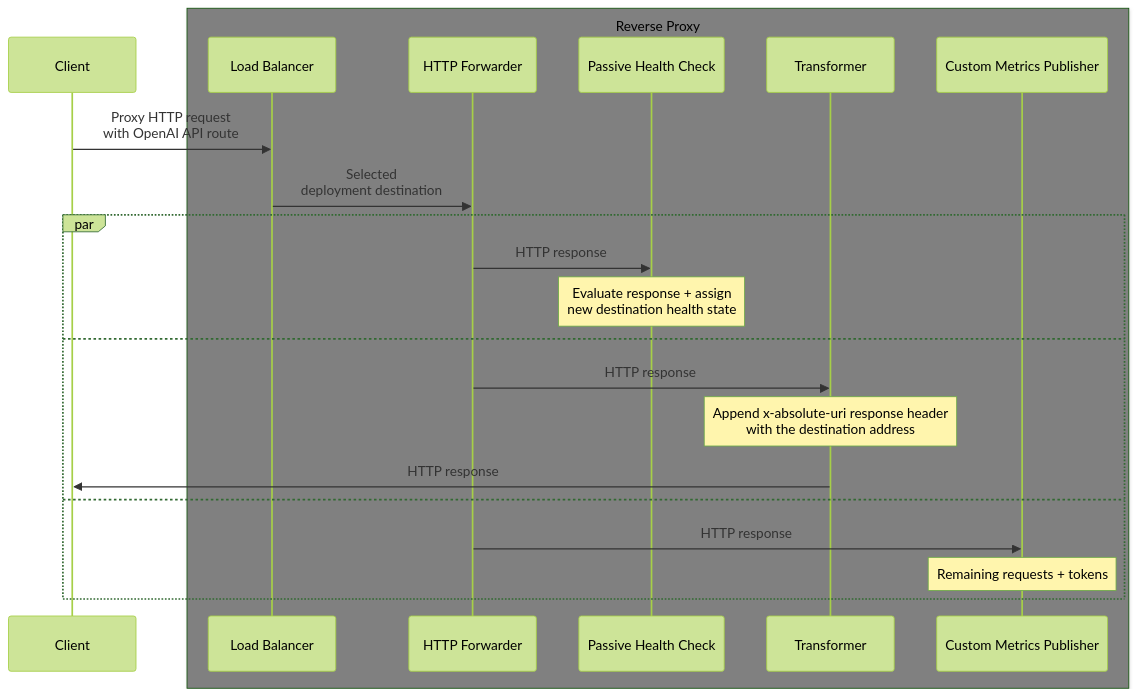
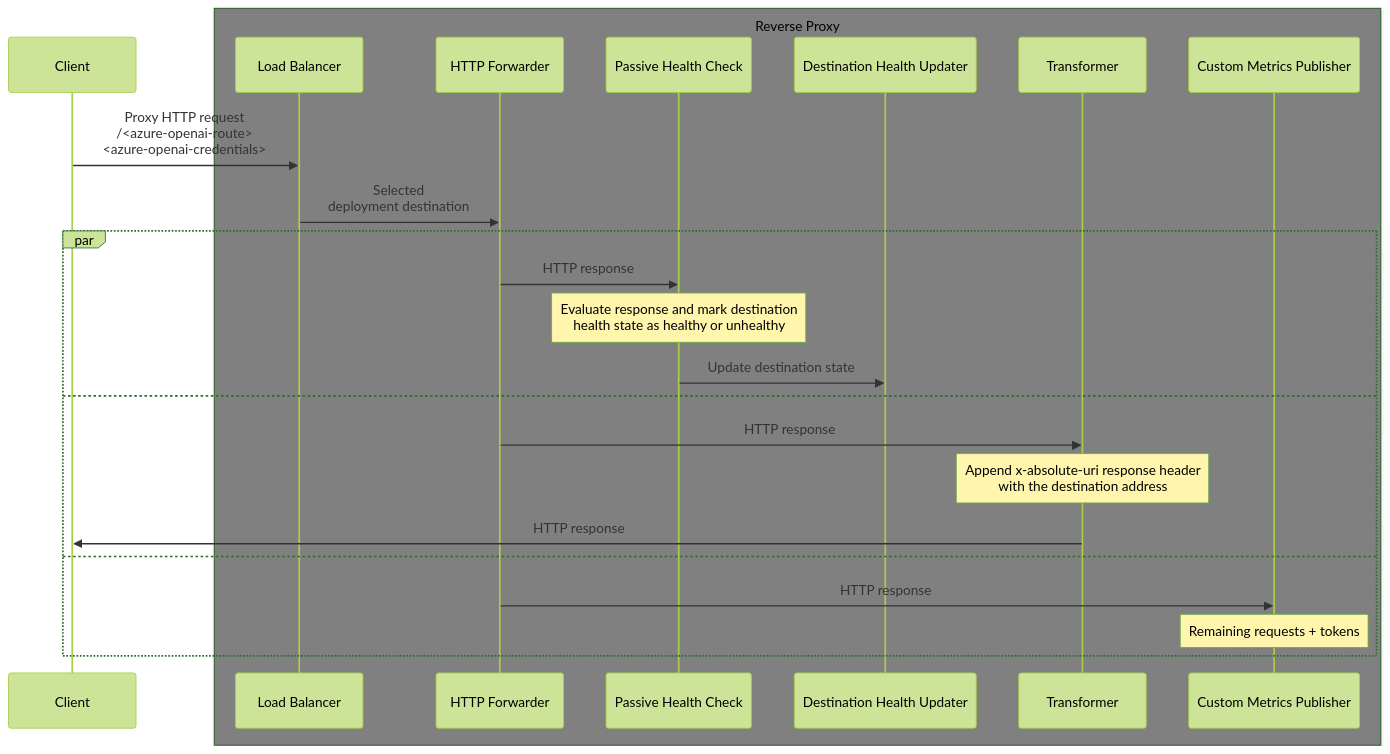
Before and after one commit to Azure-Samples/azure-openai-reverse-proxy: the first of 2 diagrams in README.md, drawn with Mermaid (forest theme). The commit also changed other lines of this file, not shown here.

Commit message:
docs: passive health check state flow added on README

````diff
--- a/README.md
+++ b/README.md
@@ -56,27 +56,28 @@
 ```mermaid
 sequenceDiagram
-    Client->>Load Balancer: Proxy HTTP request<br/> with OpenAI API route
+    Client->>Load Balancer: Proxy HTTP request<br/> /<azure-openai-route><br/><azure-openai-credentials>
 
     box Gray Reverse Proxy
     participant Load Balancer
     participant HTTP Forwarder
     participant Passive Health Check
+    participant Destination Health Updater
     participant Transformer
     participant Custom Metrics Publisher
     end
 
     Load Balancer->>HTTP Forwarder: Selected<br/> deployment destination
 
     par
       HTTP Forwarder->>Passive Health Check: HTTP response
-      Note over Passive Health Check: Evaluate response + assign<br/> new destination health state
+      Note over Passive Health Check: Evaluate response and mark destination<br/> health state as healthy or unhealthy
+      Passive Health Check ->> Destination Health Updater: Update destination state
     and
       HTTP Forwarder->>Transformer: HTTP response
       Note over Transformer: Append x-absolute-uri response header<br /> with the destination address
       Transformer->>Client: HTTP response
     and
       HTTP Forwarder->>Custom Metrics Publisher: HTTP response
       Note over Custom Metrics Publisher: Remaining requests + tokens
     end
-
 ```
````
